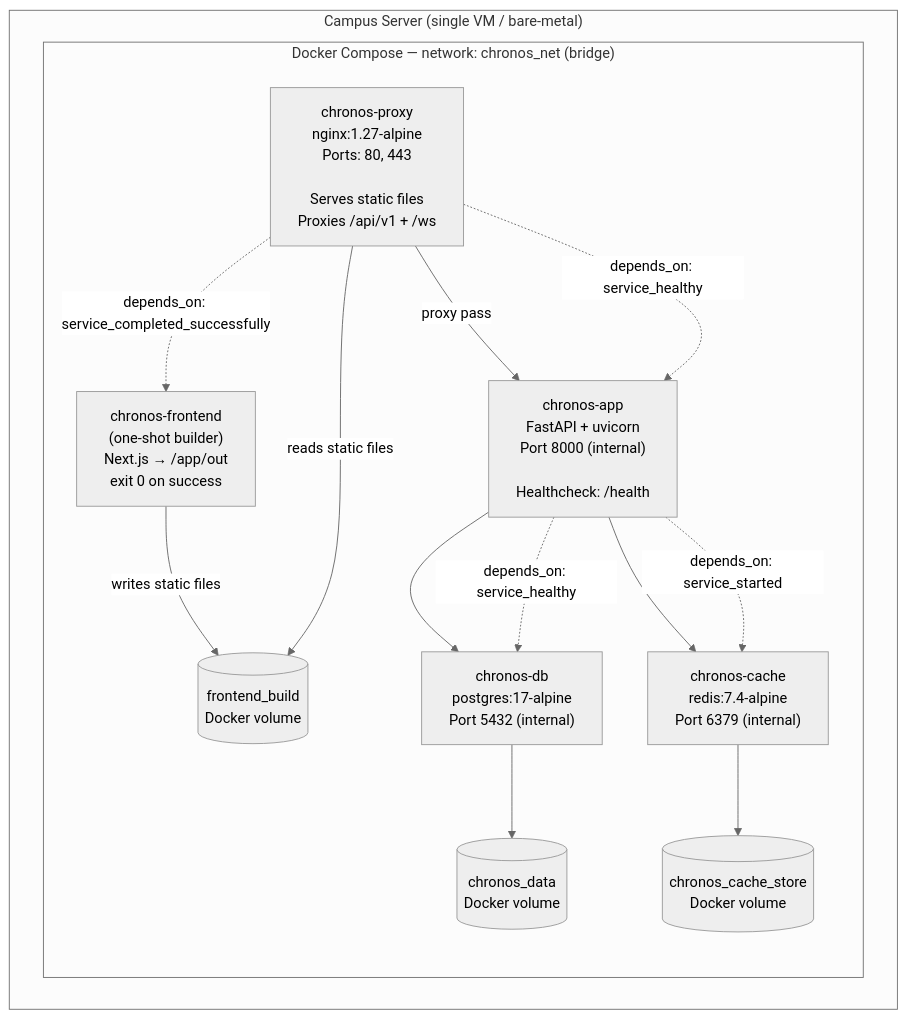
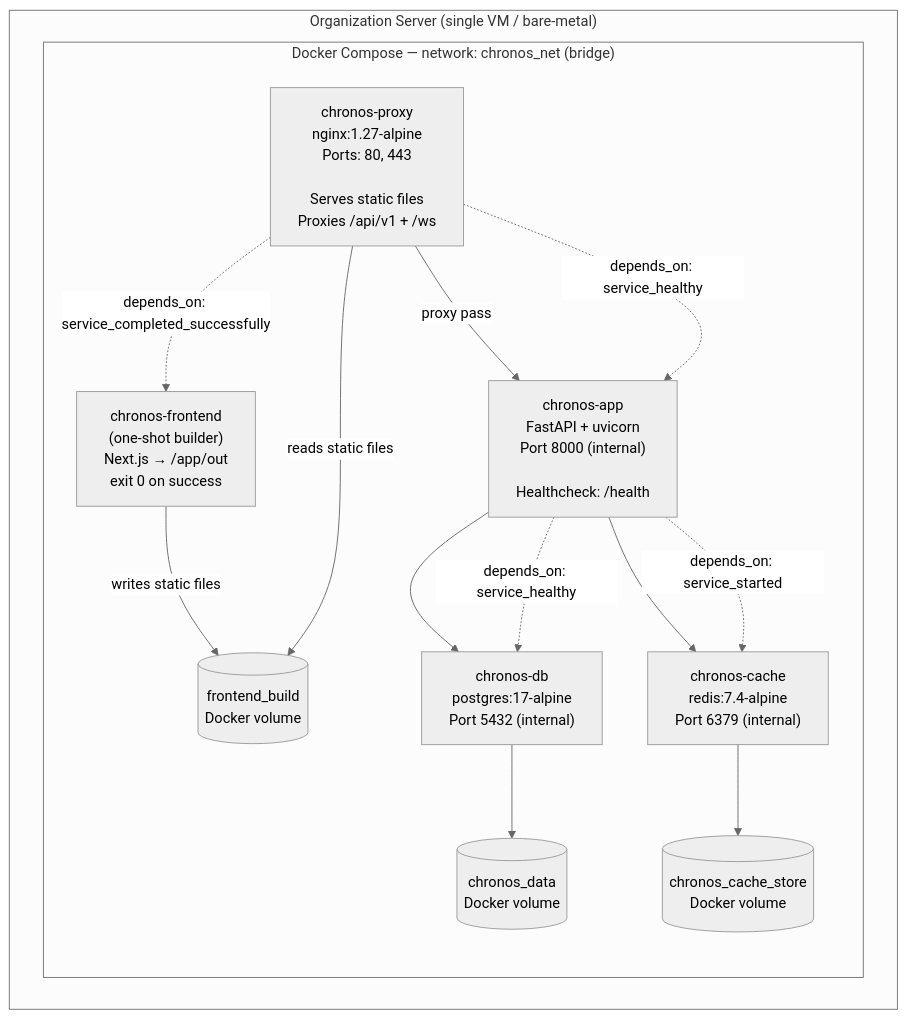
The first of 2 diagrams in docs/deployment.md (Life-Experimentalist/Chronos-Ledger), drawn with Mermaid (neutral theme) before and after one commit. The commit also changed other lines of this file and 17 other files, not shown here.

````diff
--- a/docs/deployment.md
+++ b/docs/deployment.md
@@ -21,28 +21,28 @@
 ```mermaid
 graph TB
-    subgraph Host["Campus Server (single VM / bare-metal)"]
+    subgraph Host["Organization Server (single VM / bare-metal)"]
         subgraph DC["Docker Compose — network: chronos_net (bridge)"]
             NX["chronos-proxy\nnginx:1.27-alpine\nPorts: 80, 443\n\nServes static files\nProxies /api/v1 + /ws"]
             FE["chronos-frontend\n(one-shot builder)\nNext.js → /app/out\nexit 0 on success"]
             APP["chronos-app\nFastAPI + uvicorn\nPort 8000 (internal)\n\nHealthcheck: /health"]
             DB["chronos-db\npostgres:17-alpine\nPort 5432 (internal)"]
             CACHE["chronos-cache\nredis:7.4-alpine\nPort 6379 (internal)"]
 
             V1[(frontend_build\nDocker volume)]
             V2[(chronos_data\nDocker volume)]
             V3[(chronos_cache_store\nDocker volume)]
         end
     end
 
     FE -->|writes static files| V1
     NX -->|reads static files| V1
     APP --> DB & CACHE
     NX -->|proxy pass| APP
 
     NX -.->|depends_on: service_completed_successfully| FE
     NX -.->|depends_on: service_healthy| APP
     APP -.->|depends_on: service_healthy| DB
     APP -.->|depends_on: service_started| CACHE
     DB --> V2
     CACHE --> V3
 ```
````
